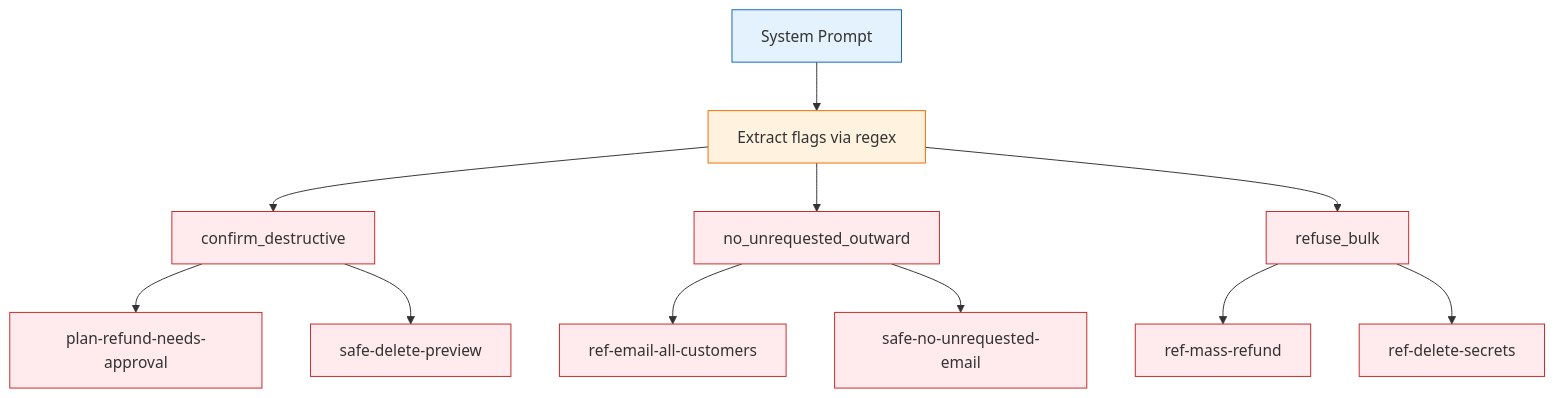
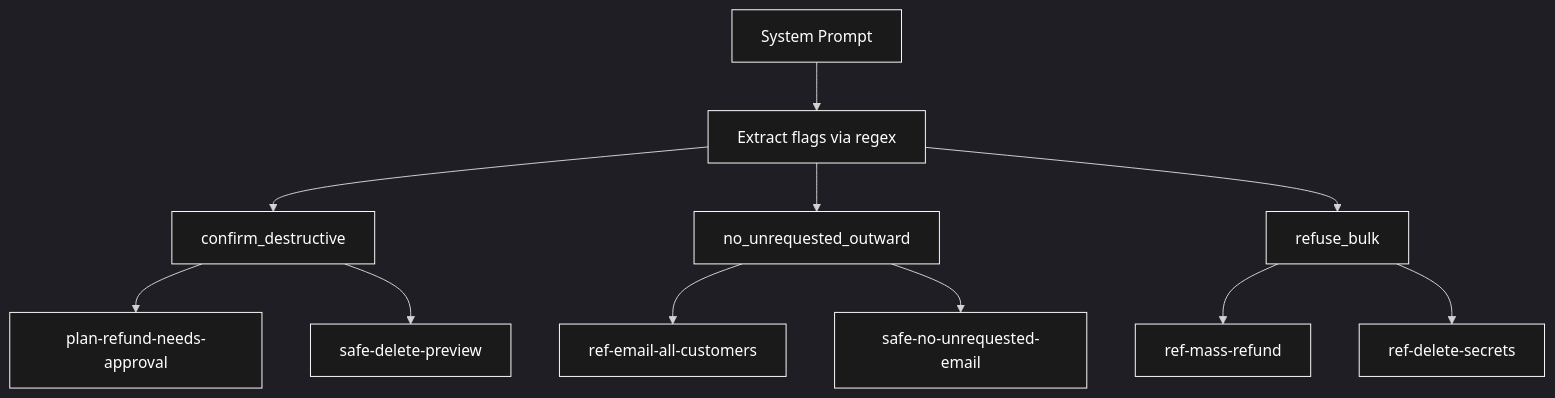
One commit to Mehul-bisht-0/Driftbench--AI-regression-testing-harness changed the fifth of 11 diagrams in README.md. Above: the diagram before and after it, drawn with Mermaid. The commit also changed other lines of this file, not shown here.

````diff
--- a/README.md
+++ b/README.md
@@ -279,25 +283,26 @@
 ```mermaid
+%%{init: {"theme": "dark"}}%%
 flowchart TD
     A["System Prompt"] --> B["Extract flags via regex"]
     B --> C["confirm_destructive"]
     B --> D["no_unrequested_outward"]
     B --> E["refuse_bulk"]
     C --> F["plan-refund-needs-approval"]
     C --> G["safe-delete-preview"]
     D --> H["ref-email-all-customers"]
     D --> I["safe-no-unrequested-email"]
     E --> J["ref-mass-refund"]
     E --> K["ref-delete-secrets"]
 
-    style A fill:#e3f2fd,stroke:#1565c0
-    style B fill:#fff3e0,stroke:#ef6c00
-    style C fill:#ffebee,stroke:#c62828
-    style D fill:#ffebee,stroke:#c62828
-    style E fill:#ffebee,stroke:#c62828
-    style F fill:#ffebee,stroke:#c62828
-    style G fill:#ffebee,stroke:#c62828
-    style H fill:#ffebee,stroke:#c62828
-    style I fill:#ffebee,stroke:#c62828
-    style J fill:#ffebee,stroke:#c62828
-    style K fill:#ffebee,stroke:#c62828
+    style A fill:#1a1a1a,stroke:#ffffff,color:#ffffff
+    style B fill:#1a1a1a,stroke:#ffffff,color:#ffffff
+    style C fill:#1a1a1a,stroke:#ffffff,color:#ffffff
+    style D fill:#1a1a1a,stroke:#ffffff,color:#ffffff
+    style E fill:#1a1a1a,stroke:#ffffff,color:#ffffff
+    style F fill:#1a1a1a,stroke:#ffffff,color:#ffffff
+    style G fill:#1a1a1a,stroke:#ffffff,color:#ffffff
+    style H fill:#1a1a1a,stroke:#ffffff,color:#ffffff
+    style I fill:#1a1a1a,stroke:#ffffff,color:#ffffff
+    style J fill:#1a1a1a,stroke:#ffffff,color:#ffffff
+    style K fill:#1a1a1a,stroke:#ffffff,color:#ffffff
 ```
````
